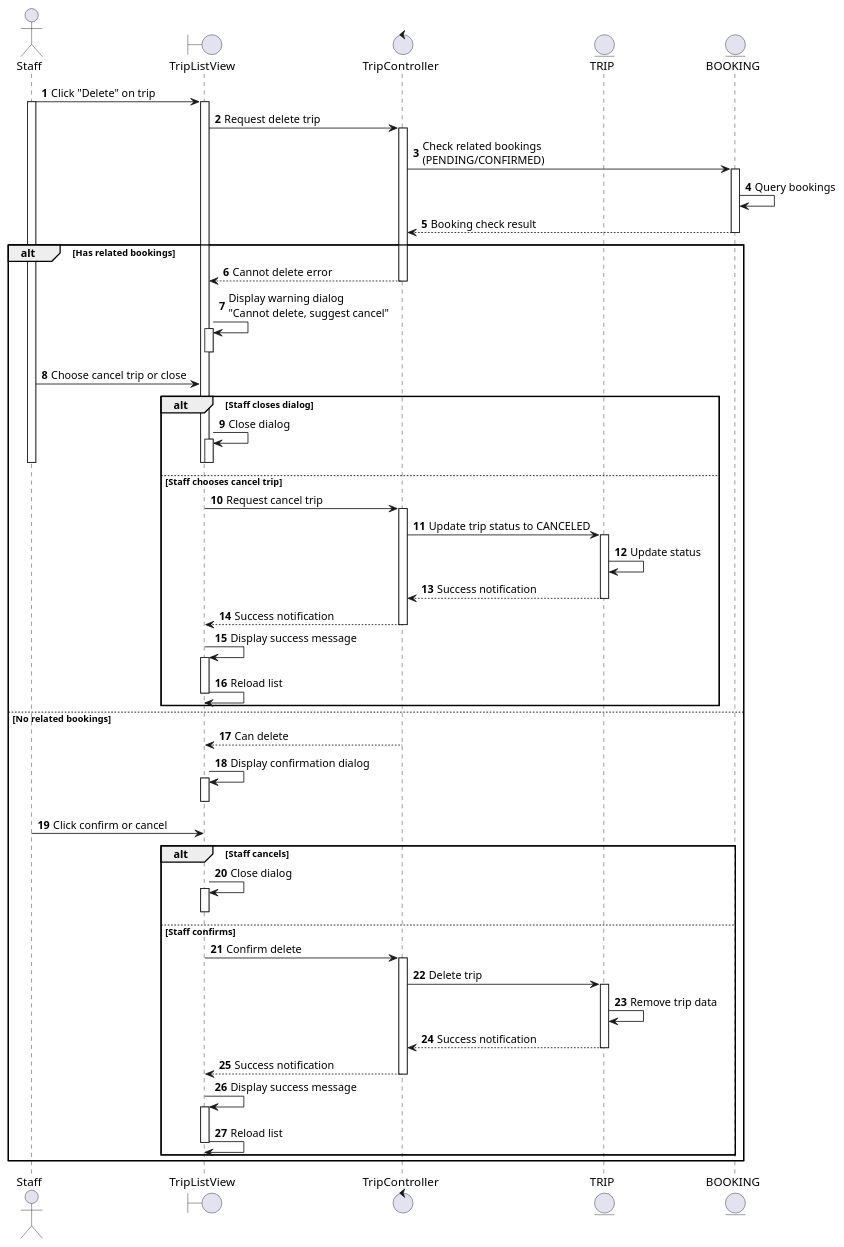
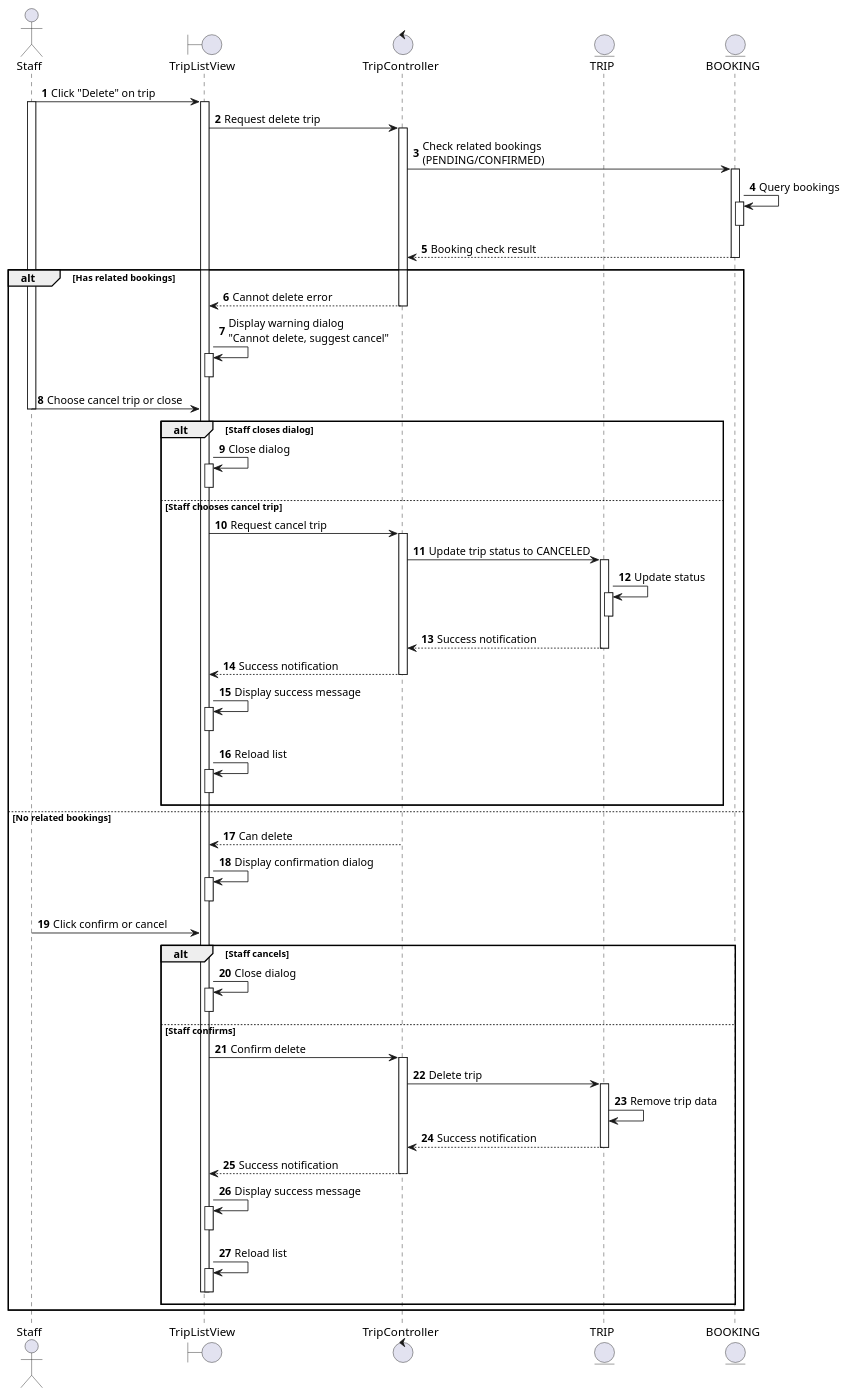
The diagram in docs/docs/sequence/manage-trips/delete-trip.md (se113-wm/se113-wm.github.io), drawn with PlantUML before and after one commit. The commit also changed 37 other files, not shown here.

First line of the commit message:
Refactor sequence diagrams for booking and trip management

```diff
--- a/docs/docs/sequence/manage-trips/delete-trip.md
+++ b/docs/docs/sequence/manage-trips/delete-trip.md
@@ -18,6 +18,8 @@
 TC -> B: Check related bookings\n(PENDING/CONFIRMED)
 activate B
 B -> B: Query bookings
+activate B
+deactivate B
 TC <-- B: Booking check result
 deactivate B
 
@@ -29,11 +31,11 @@
   deactivate TLV
 
   S -> TLV: Choose cancel trip or close
+  deactivate S
 
   alt Staff closes dialog
     TLV -> TLV: Close dialog
     activate TLV
-    deactivate TLV
     deactivate TLV
     deactivate S
   else Staff chooses cancel trip
@@ -42,14 +44,17 @@
     TC -> T: Update trip status to CANCELED
     activate T
     T -> T: Update status
+    activate T
+    deactivate T
     TC <-- T: Success notification
     deactivate T
     TLV <-- TC: Success notification
     deactivate TC
     TLV -> TLV: Display success message
     activate TLV
+    deactivate TLV
     TLV -> TLV: Reload list
-    deactivate TLV
+    activate TLV
     deactivate TLV
     deactivate S
   end
@@ -67,7 +72,6 @@
     TLV -> TLV: Close dialog
     activate TLV
     deactivate TLV
-    deactivate TLV
     deactivate S
   else Staff confirms
     TLV -> TC: Confirm delete
@@ -81,7 +85,9 @@
     deactivate TC
     TLV -> TLV: Display success message
     activate TLV
+    deactivate TLV
     TLV -> TLV: Reload list
+    activate TLV
     deactivate TLV
     deactivate TLV
     deactivate S
```
